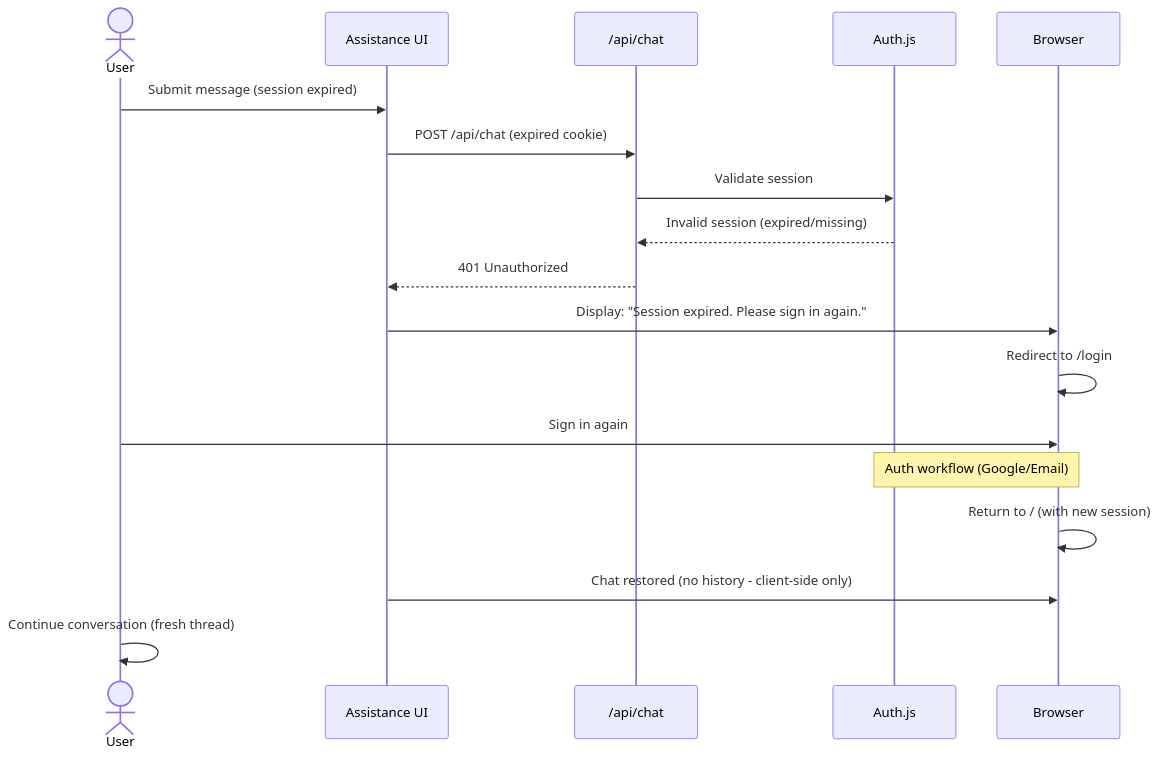
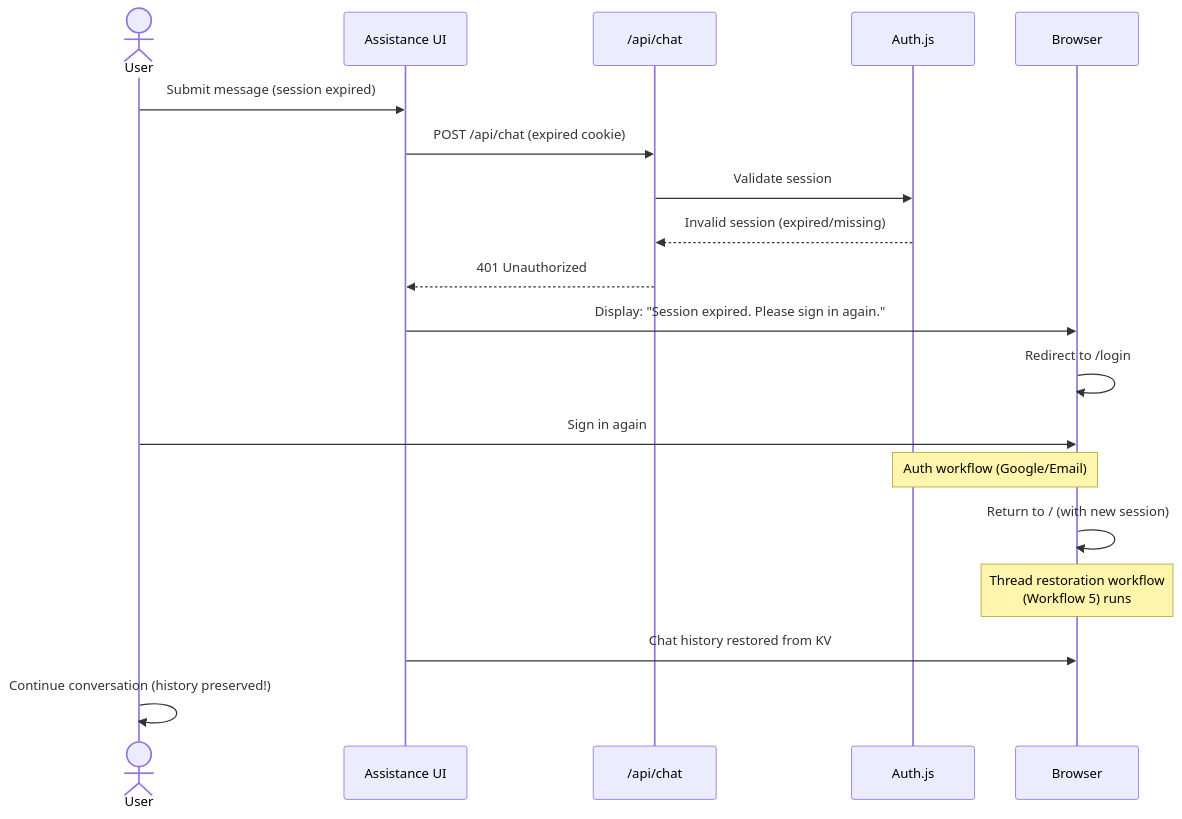
The sixth of 6 diagrams in docs/architecture/core-workflows.md (ajbmachon/buddah-bot), drawn with Mermaid before and after one commit. The commit also changed other lines of this file and 14 other files, not shown here.

````diff
--- a/docs/architecture/core-workflows.md
+++ b/docs/architecture/core-workflows.md
@@ -184,21 +242,22 @@
 ```mermaid
 sequenceDiagram
     actor User
     participant Runtime as Assistance UI
     participant EdgeAPI as /api/chat
     participant AuthAPI as Auth.js
 
     User->>Runtime: Submit message (session expired)
     Runtime->>EdgeAPI: POST /api/chat (expired cookie)
     EdgeAPI->>AuthAPI: Validate session
     AuthAPI-->>EdgeAPI: Invalid session (expired/missing)
     EdgeAPI-->>Runtime: 401 Unauthorized
     Runtime->>Browser: Display: "Session expired. Please sign in again."
     Browser->>Browser: Redirect to /login
 
     User->>Browser: Sign in again
     Note over Browser,AuthAPI: Auth workflow (Google/Email)
     Browser->>Browser: Return to / (with new session)
-    Runtime->>Browser: Chat restored (no history - client-side only)
-    User->>User: Continue conversation (fresh thread)
+    Note over Browser: Thread restoration workflow<br/>(Workflow 5) runs
+    Runtime->>Browser: Chat history restored from KV
+    User->>User: Continue conversation (history preserved!)
 ```
````
